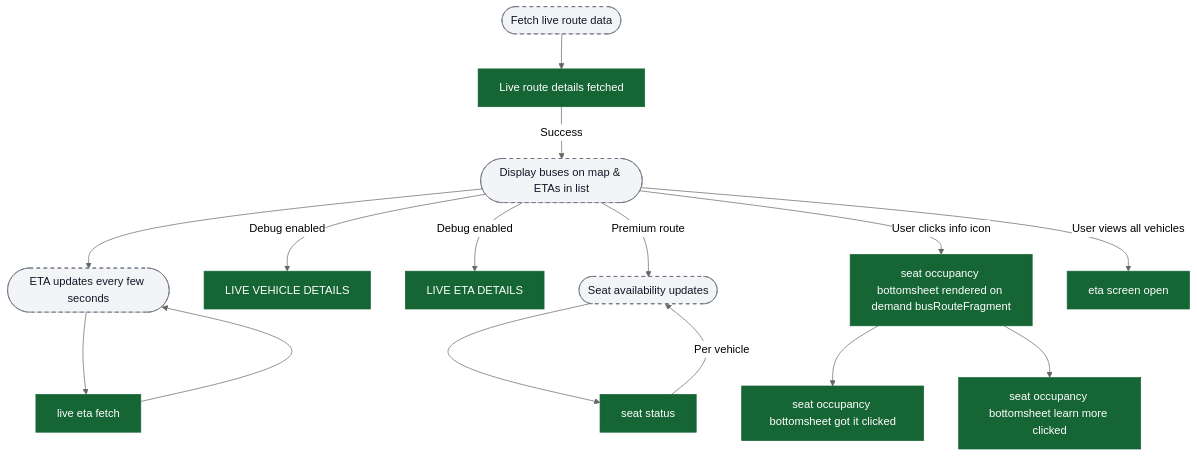
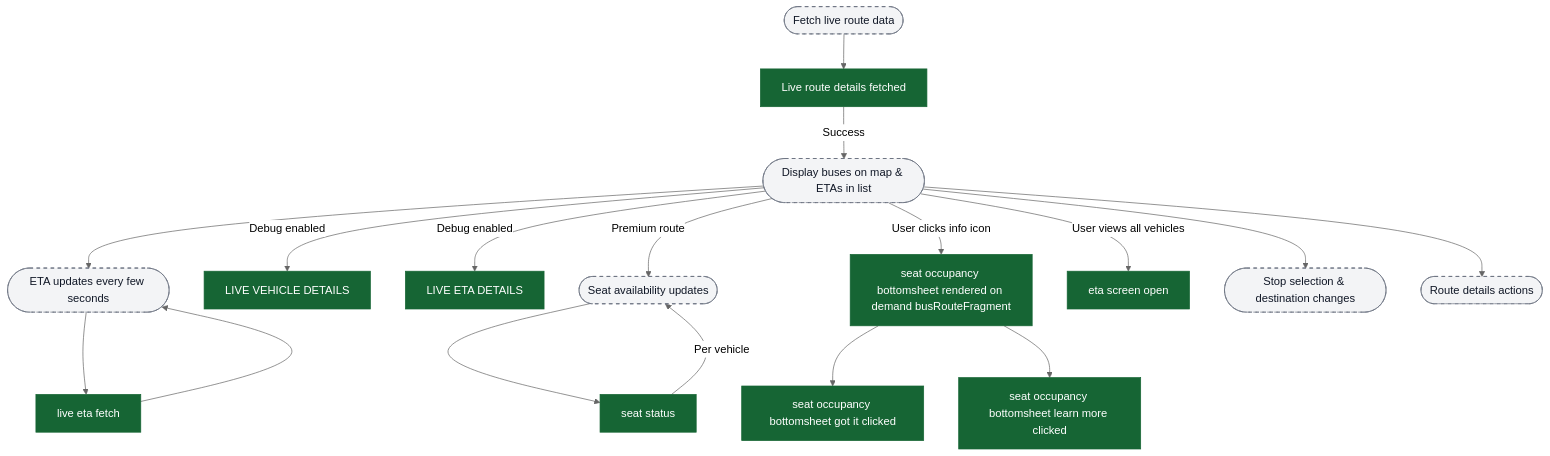
One commit to ratulsarna/chalo-app-dashboard changed the fifth of 10 diagrams in content/analytics/live-tracking/flow-diagrams.md. Above: the diagram before and after it, drawn with Mermaid (neutral theme). The commit also changed other lines of this file and 1 other file, not shown here.

Commit message:
feat(analytics): update event descriptions and flow diagrams for live tracking, including new socket events and feedback properties

````diff
--- a/content/analytics/live-tracking/flow-diagrams.md
+++ b/content/analytics/live-tracking/flow-diagrams.md
@@ -115,29 +124,33 @@
 ```mermaid
 flowchart TD
+  %%chalo:diagram-link ui_stopSelection -> title:Stop selection funnel
+  %%chalo:diagram-link ui_userActions -> title:User action events (from route details)
   ui_liveDataFetch([Fetch live route data]) --> ev_routeDetailsFetched["Live route details fetched"]
 
   ev_routeDetailsFetched -->|Success| ui_displayData([Display buses on map & ETAs in list])
 
   ui_displayData --> ui_etaLoop([ETA updates every few seconds])
   ui_etaLoop --> ev_etaFetch["live eta fetch"]
   ev_etaFetch --> ui_etaLoop
 
   ui_displayData -->|Debug enabled| ev_liveVehicleDetails["LIVE VEHICLE DETAILS"]
   ui_displayData -->|Debug enabled| ev_liveEtaDetails["LIVE ETA DETAILS"]
 
   ui_displayData -->|Premium route| ui_seatAvailLoop([Seat availability updates])
   ui_seatAvailLoop --> ev_seatStatus["seat status"]
   ev_seatStatus -->|Per vehicle| ui_seatAvailLoop
 
   ui_displayData -->|User clicks info icon| ev_seatBottomsheet["seat occupancy bottomsheet rendered on demand busRouteFragment"]
   ev_seatBottomsheet --> ev_seatGotIt["seat occupancy bottomsheet got it clicked"]
   ev_seatBottomsheet --> ev_seatLearnMore["seat occupancy bottomsheet learn more clicked"]
 
   ui_displayData -->|User views all vehicles| ev_etaScreen["eta screen open"]
+  ui_displayData --> ui_stopSelection([Stop selection & destination changes])
+  ui_displayData --> ui_userActions([Route details actions])
 
   classDef event fill:#166534,stroke:#166534,color:#ffffff;
   classDef ui fill:#f3f4f6,stroke:#6b7280,stroke-dasharray: 5 5,color:#111827;
 
   class ev_routeDetailsFetched,ev_etaFetch,ev_liveVehicleDetails,ev_liveEtaDetails,ev_seatStatus,ev_seatBottomsheet,ev_seatGotIt,ev_seatLearnMore,ev_etaScreen event;
-  class ui_liveDataFetch,ui_displayData,ui_etaLoop,ui_seatAvailLoop ui;
+  class ui_liveDataFetch,ui_displayData,ui_etaLoop,ui_seatAvailLoop,ui_stopSelection,ui_userActions ui;
 ```
````
